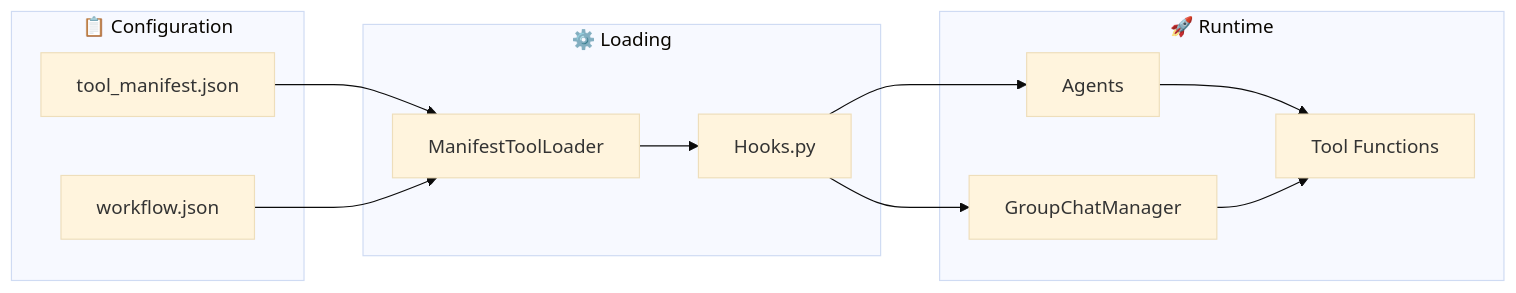
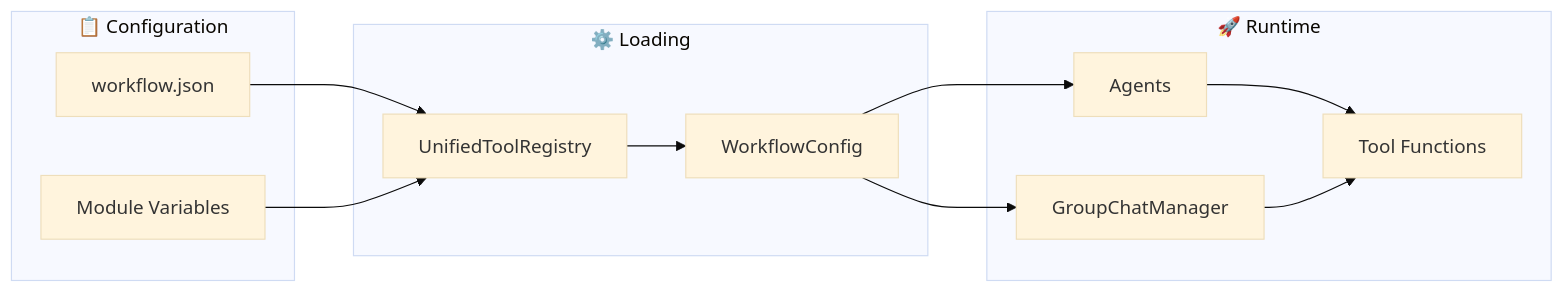
The diagram in docs/TOOL_MANIFEST_SYSTEM.md (BlocUnited-LLC/mozaiks-ai), drawn with Mermaid (base theme) before and after one commit. The commit also changed other lines of this file and 26 other files, not shown here.

First line of the commit message:
feat: Complete rewrite of contextual UI system with AG2-native architecture

````diff
--- a/docs/TOOL_MANIFEST_SYSTEM.md
+++ b/docs/TOOL_MANIFEST_SYSTEM.md
@@ -10,26 +10,26 @@
 ```mermaid
 flowchart LR
     subgraph Config["📋 Configuration"]
-        TM[tool_manifest.json]
         WJ[workflow.json]
+        MV[Module Variables]
     end
     
     subgraph Loading["⚙️ Loading"]
-        MTL[ManifestToolLoader]
-        H[Hooks.py]
+        WC[WorkflowConfig]
+        UTR[UnifiedToolRegistry]
     end
     
     subgraph Runtime["🚀 Runtime"]
         A[Agents]
         GCM[GroupChatManager]
         TF[Tool Functions]
     end
     
-    TM --> MTL
-    WJ --> MTL
-    MTL --> H
-    H --> A
-    H --> GCM
+    WJ --> UTR
+    MV --> UTR
+    UTR --> WC
+    WC --> A
+    WC --> GCM
     A --> TF
     GCM --> TF
 ```
````
